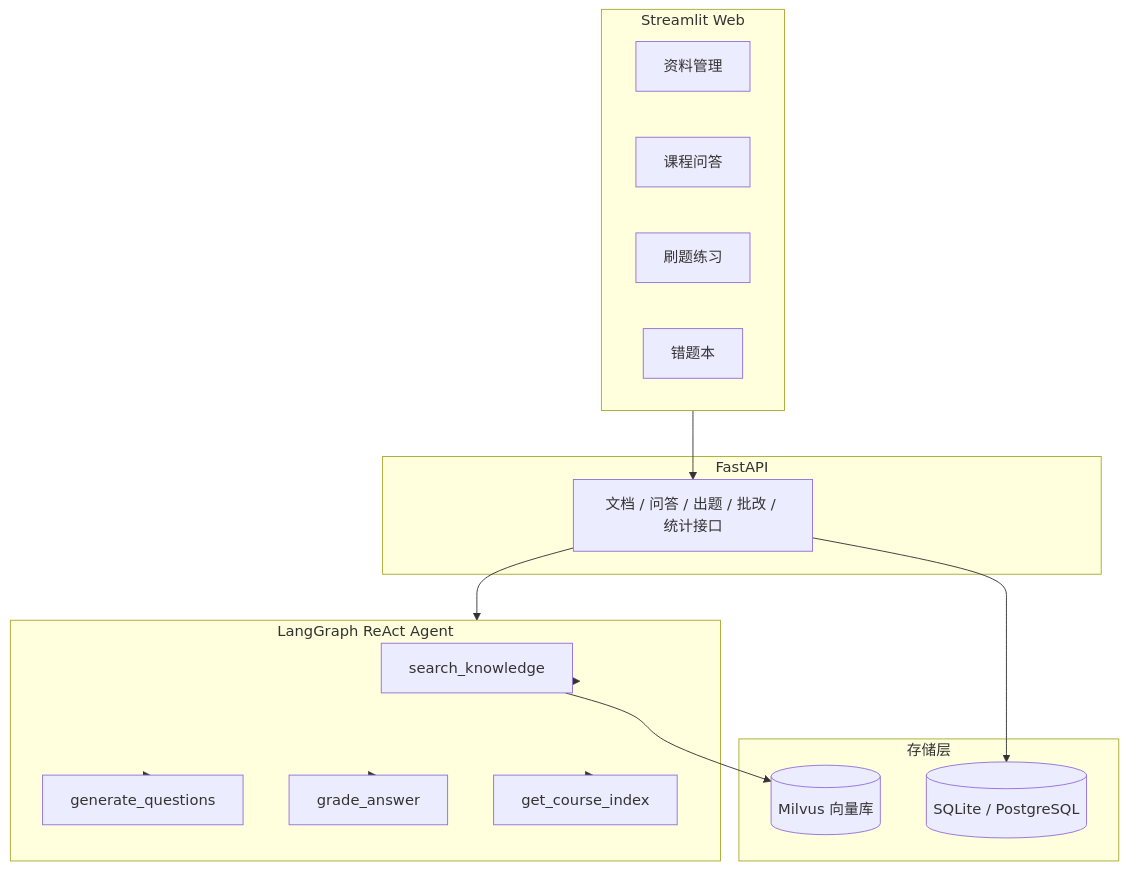
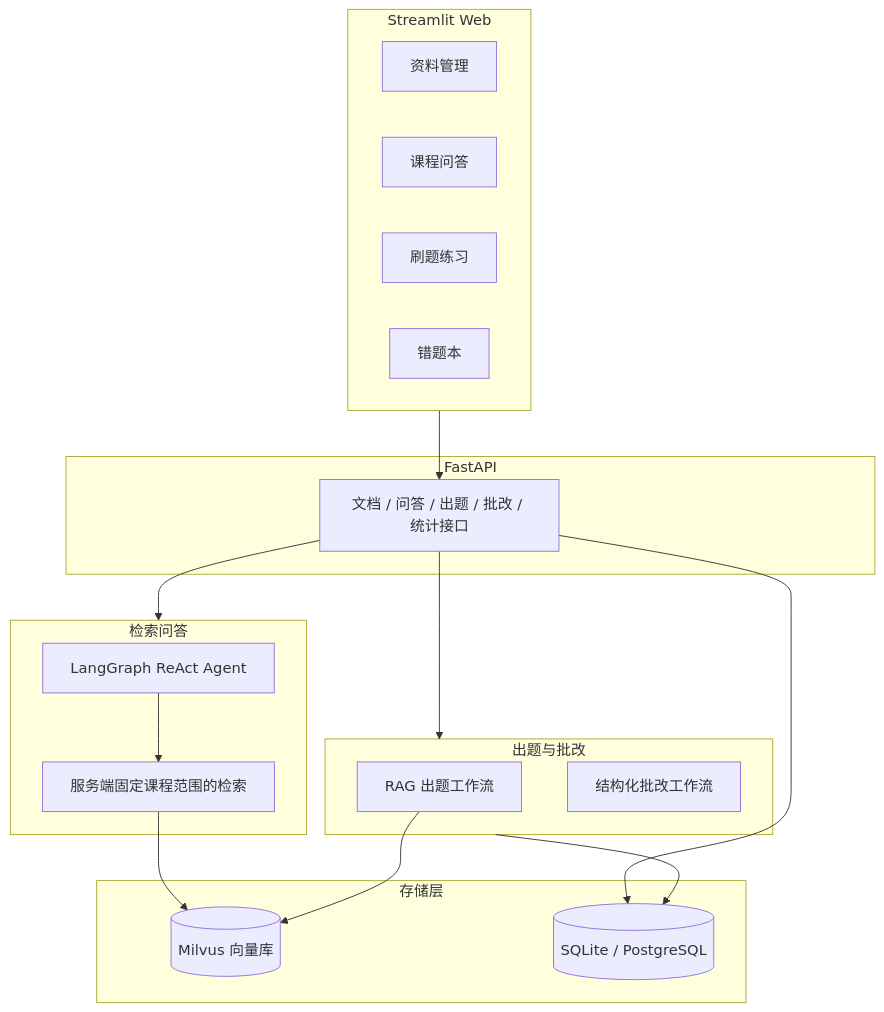
Before and after one commit to tea-kaze/CourseMate_Agent: the diagram in 项目文档/技术文档.md, drawn with Mermaid. The commit also changed other lines of this file and 37 other files, not shown here.

````diff
--- a/项目文档/技术文档.md
+++ b/项目文档/技术文档.md
@@ -31,20 +32,25 @@
 ```mermaid
 flowchart TB
     subgraph Frontend[Streamlit Web]
         P1[资料管理] & P2[课程问答] & P3[刷题练习] & P4[错题本]
     end
     subgraph Backend[FastAPI]
         API[文档 / 问答 / 出题 / 批改 / 统计接口]
     end
-    subgraph Agent[LangGraph ReAct Agent]
-        T1[search_knowledge] & T2[generate_questions] & T3[grade_answer] & T4[get_course_index]
+    subgraph Chat[检索问答]
+        AGENT[LangGraph ReAct Agent] --> SEARCH[服务端固定课程范围的检索]
+    end
+    subgraph Quiz[出题与批改]
+        GEN[RAG 出题工作流] & GRADE[结构化批改工作流]
     end
     subgraph Storage[存储层]
         MILVUS[(Milvus 向量库)]
         DB[(SQLite / PostgreSQL)]
     end
-    Frontend --> API --> Agent
-    Agent --> T1 & T2 & T3 & T4
-    T1 --> MILVUS
+    Frontend --> API
+    API --> Chat & Quiz
+    SEARCH --> MILVUS
+    GEN --> MILVUS
     API --> DB
+    Quiz --> DB
 ```
````
